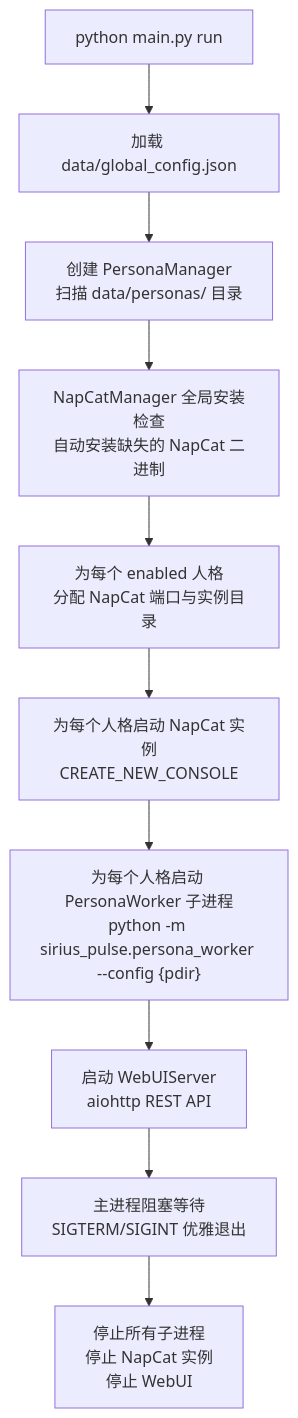
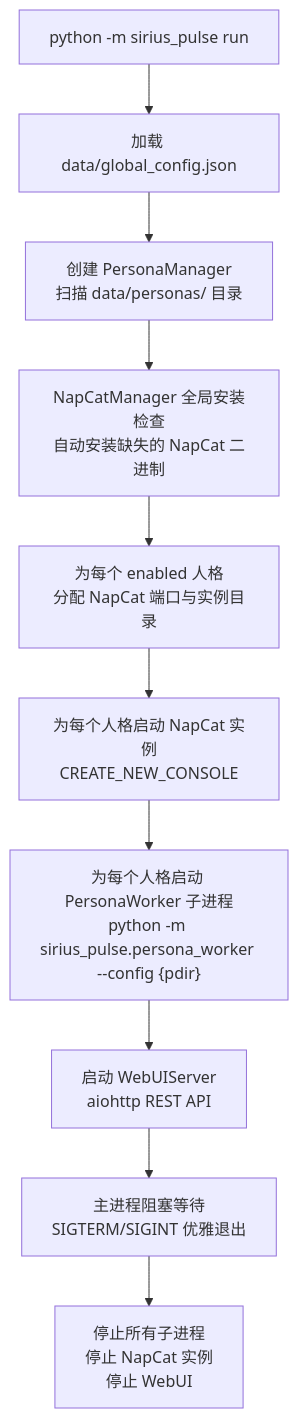
The second of 12 diagrams in guide/architecture-overview.md (LiveSirius/SiriusPulse-Docs), drawn with Mermaid before and after one commit. The commit also changed other lines of this file and 2 other files, not shown here.

````diff
--- a/guide/architecture-overview.md
+++ b/guide/architecture-overview.md
@@ -86,12 +86,12 @@
 ```mermaid
 flowchart TD
-    A["python main.py run"] --> B["加载 data/global_config.json"]
+    A["python -m sirius_pulse run"] --> B["加载 data/global_config.json"]
     B --> C["创建 PersonaManager<br/>扫描 data/personas/ 目录"]
     C --> D["NapCatManager 全局安装检查<br/>自动安装缺失的 NapCat 二进制"]
     D --> E["为每个 enabled 人格<br/>分配 NapCat 端口与实例目录"]
     E --> F["为每个人格启动 NapCat 实例<br/>CREATE_NEW_CONSOLE"]
     F --> G["为每个人格启动 PersonaWorker 子进程<br/>python -m sirius_pulse.persona_worker --config {pdir}"]
     G --> H["启动 WebUIServer<br/>aiohttp REST API"]
     H --> I["主进程阻塞等待<br/>SIGTERM/SIGINT 优雅退出"]
     I --> J["停止所有子进程<br/>停止 NapCat 实例<br/>停止 WebUI"]
 ```
````
